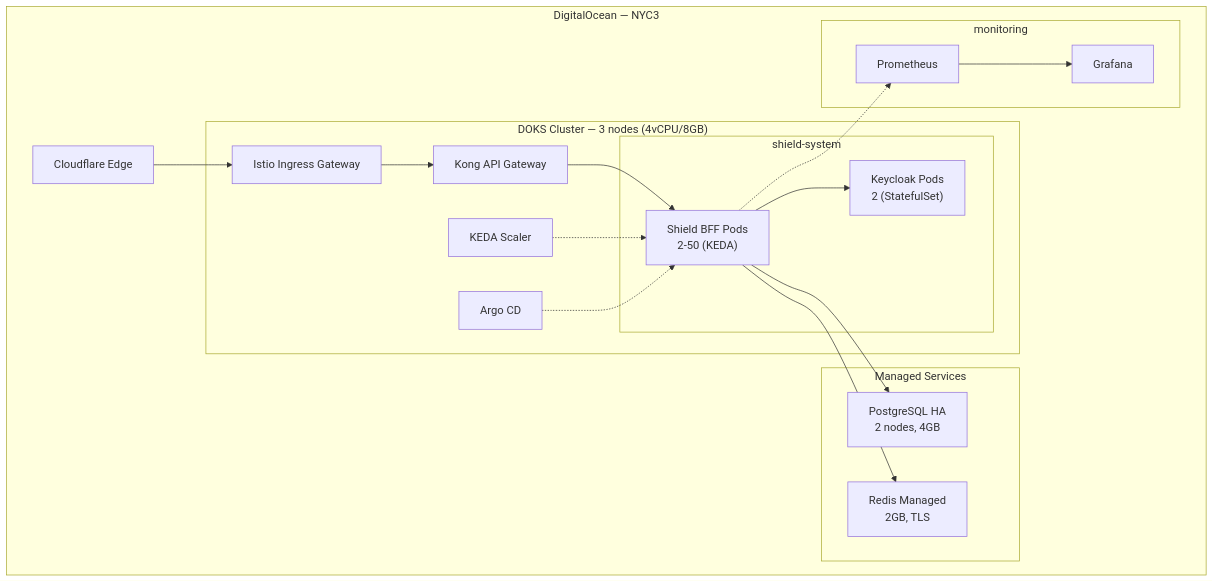
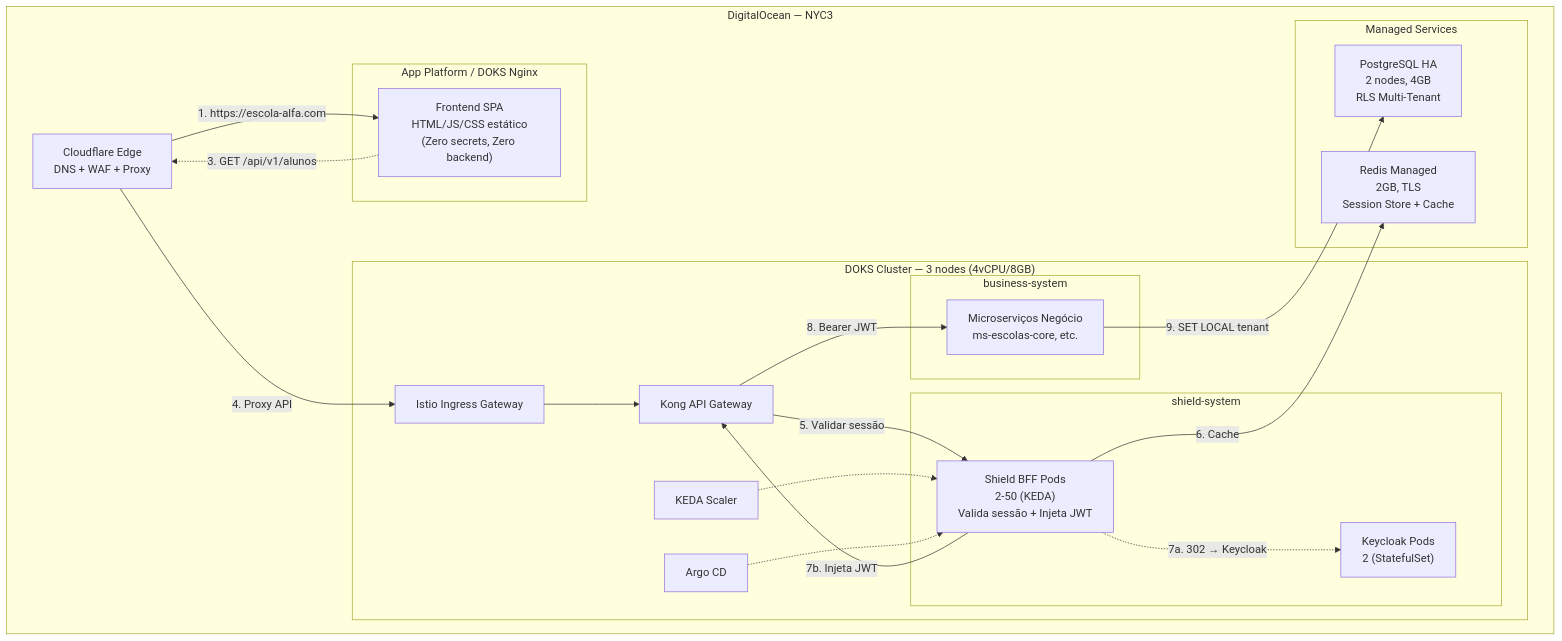
The tenth of 11 diagrams in business-inputs/business-projects/PRJ-TEC-2026-0004-PROJETO-SHIELD/10-SAD-PRJ-TEC-2026-0004-PROJETO-SHIELD.md (bolismar69/workspace-fbso), drawn with Mermaid before and after one commit. The commit also changed other lines of this file and 2 other files, not shown here.

First line of the commit message:
docs: revisao completa dos diagramas — Shield como filtro Kong

````diff
--- a/business-inputs/business-projects/PRJ-TEC-2026-0004-PROJETO-SHIELD/10-SAD-PRJ-TEC-2026-0004-PROJETO-SHIELD.md
+++ b/business-inputs/business-projects/PRJ-TEC-2026-0004-PROJETO-SHIELD/10-SAD-PRJ-TEC-2026-0004-PROJETO-SHIELD.md
@@ -407,37 +442,42 @@
 ```mermaid
 flowchart TB
     subgraph DO["DigitalOcean — NYC3"]
-        CF["Cloudflare Edge"]
+        CF["Cloudflare Edge\nDNS + WAF + Proxy"]
+
+        subgraph AppPlatform["App Platform / DOKS Nginx"]
+            SPA["Frontend SPA\nHTML/JS/CSS estático\n(Zero secrets, Zero backend)"]
+        end
 
         subgraph DOKS["DOKS Cluster — 3 nodes (4vCPU/8GB)"]
             IstioGW["Istio Ingress Gateway"]
             KongGW["Kong API Gateway"]
             subgraph ShieldNS["shield-system"]
-                BFF["Shield BFF Pods\n2-50 (KEDA)"]
+                Shield["Shield BFF Pods\n2-50 (KEDA)\nValida sessão + Injeta JWT"]
                 KC["Keycloak Pods\n2 (StatefulSet)"]
+            end
+            subgraph BusinessNS["business-system"]
+                MS["Microserviços Negócio\nms-escolas-core, etc."]
             end
             Argo["Argo CD"]
             KEDA["KEDA Scaler"]
         end
 
         subgraph Managed["Managed Services"]
-            PG["PostgreSQL HA\n2 nodes, 4GB"]
-            RedisDO["Redis Managed\n2GB, TLS"]
-        end
-
-        subgraph Monitoring["monitoring"]
-            Prom["Prometheus"]
-            Graf["Grafana"]
+            PG["PostgreSQL HA\n2 nodes, 4GB\nRLS Multi-Tenant"]
+            RedisDO["Redis Managed\n2GB, TLS\nSession Store + Cache"]
         end
     end
 
-    CF --> IstioGW
+    CF -->|"1. https://escola-alfa.com"| SPA
+    SPA -.->|"3. GET /api/v1/alunos"| CF
+    CF -->|"4. Proxy API"| IstioGW
     IstioGW --> KongGW
-    KongGW --> BFF
-    BFF --> KC
-    BFF --> PG
-    BFF --> RedisDO
-    BFF -.-> Prom --> Graf
-    KEDA -.-> BFF
-    Argo -.-> BFF
+    KongGW -->|"5. Validar sessão"| Shield
+    Shield -->|"6. Cache"| RedisDO
+    Shield -.->|"7a. 302 → Keycloak"| KC
+    Shield -->|"7b. Injeta JWT"| KongGW
+    KongGW -->|"8. Bearer JWT"| MS
+    MS -->|"9. SET LOCAL tenant"| PG
+    KEDA -.-> Shield
+    Argo -.-> Shield
 ```
````
